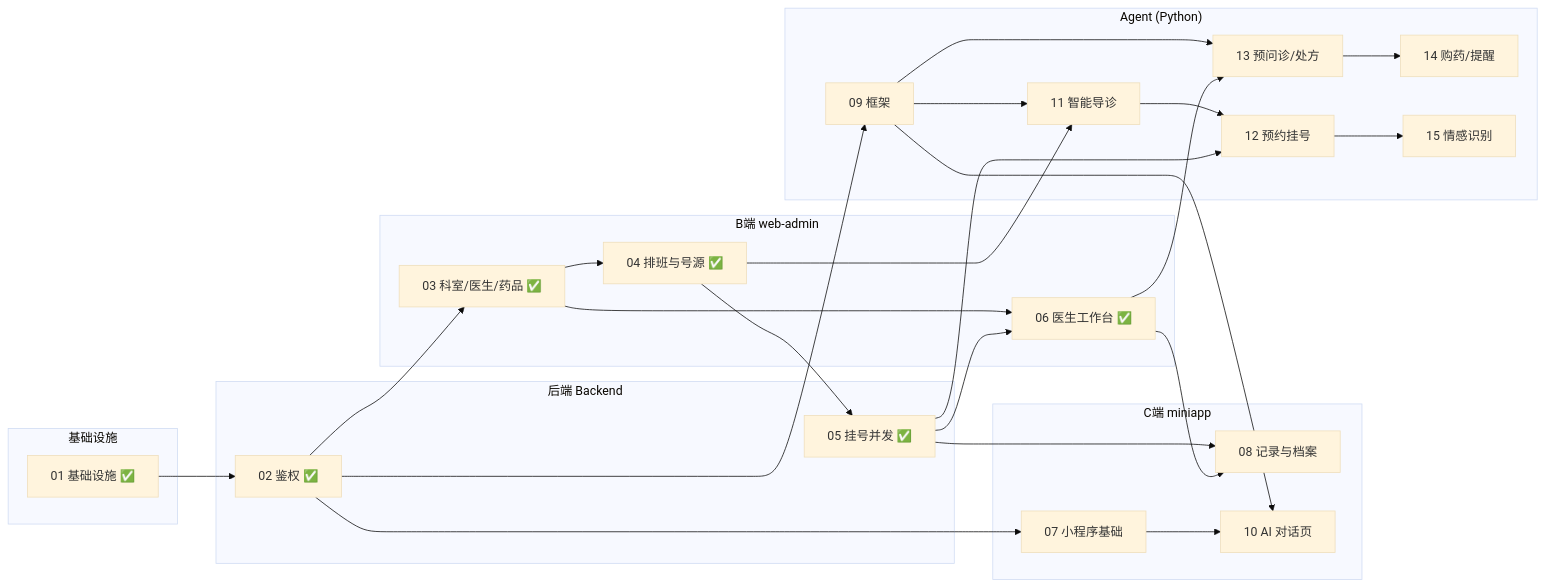
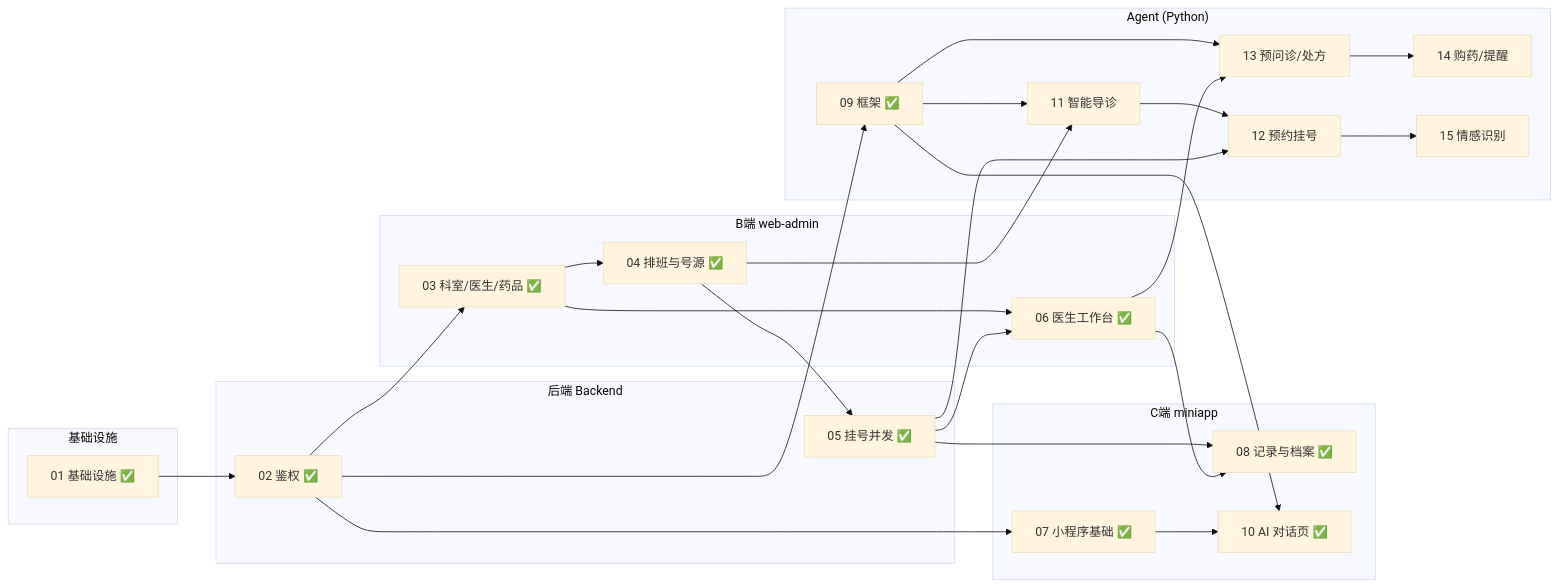
Before and after one commit to qingchen108/zhiyv: the second of 2 diagrams in docs/ticket-dependencies.md, drawn with Mermaid (base theme). The commit also changed other lines of this file and 22 other files, not shown here.

````diff
--- a/docs/ticket-dependencies.md
+++ b/docs/ticket-dependencies.md
@@ -75,49 +75,49 @@
 ```mermaid
 graph LR
     subgraph Infra["基础设施"]
         T01["01 基础设施 ✅"]
     end
     subgraph Backend["后端 Backend"]
         T02["02 鉴权 ✅"]
         T05["05 挂号并发 ✅"]
     end
     subgraph Admin["B端 web-admin"]
         T03["03 科室/医生/药品 ✅"]
         T04["04 排班与号源 ✅"]
         T06["06 医生工作台 ✅"]
     end
     subgraph Mini["C端 miniapp"]
-        T07["07 小程序基础"]
-        T08["08 记录与档案"]
-        T10["10 AI 对话页"]
+        T07["07 小程序基础 ✅"]
+        T08["08 记录与档案 ✅"]
+        T10["10 AI 对话页 ✅"]
     end
     subgraph AgentS["Agent (Python)"]
-        T09["09 框架"]
+        T09["09 框架 ✅"]
         T11["11 智能导诊"]
         T12["12 预约挂号"]
         T13["13 预问诊/处方"]
         T14["14 购药/提醒"]
         T15["15 情感识别"]
     end
 
     T01 --> T02
     T02 --> T03
     T02 --> T07
     T02 --> T09
     T03 --> T04
     T04 --> T05
     T03 --> T06
     T05 --> T06
     T05 --> T08
     T06 --> T08
     T07 --> T10
     T09 --> T10
     T09 --> T11
     T04 --> T11
     T11 --> T12
     T05 --> T12
     T09 --> T13
     T06 --> T13
     T13 --> T14
     T12 --> T15
 ```
````
